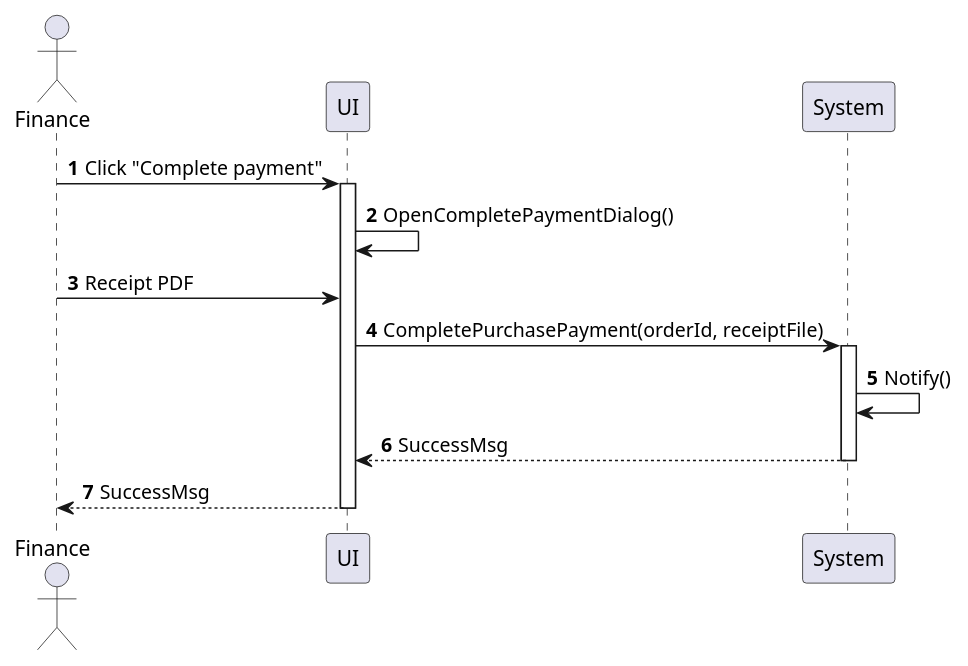
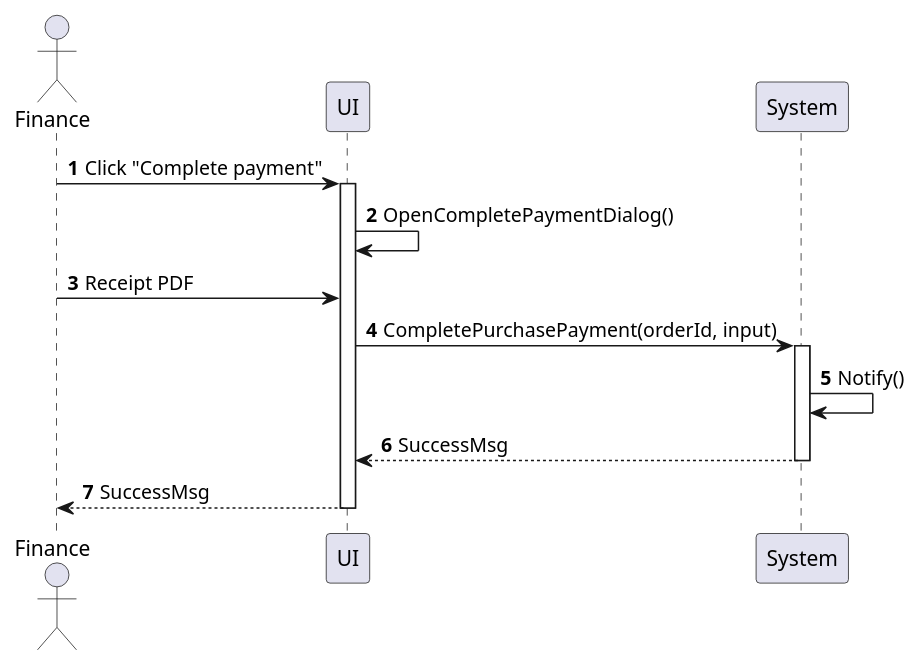
Before and after one commit to phihungha/scmss-reqs: the diagram in sequences/purchase-order-complete-payment.plantuml, drawn with PlantUML. The commit also changed 1 other file, not shown here.

```diff
--- a/sequences/purchase-order-complete-payment.plantuml
+++ b/sequences/purchase-order-complete-payment.plantuml
@@ -1,17 +1,17 @@
 @startuml purchase-order-complete-payment
 autonumber
 
 actor "Finance" as a
 participant UI as f
 participant System as b
 
 a -> f : Click "Complete payment"
 activate f
 f -> f : OpenCompletePaymentDialog()
 a -> f : Receipt PDF
-f -> b : CompletePurchasePayment(orderId, receiptFile)
+f -> b : CompletePurchasePayment(orderId, input)
 activate b
 b -> b : Notify()
 return SuccessMsg
 return SuccessMsg
 @enduml
```
